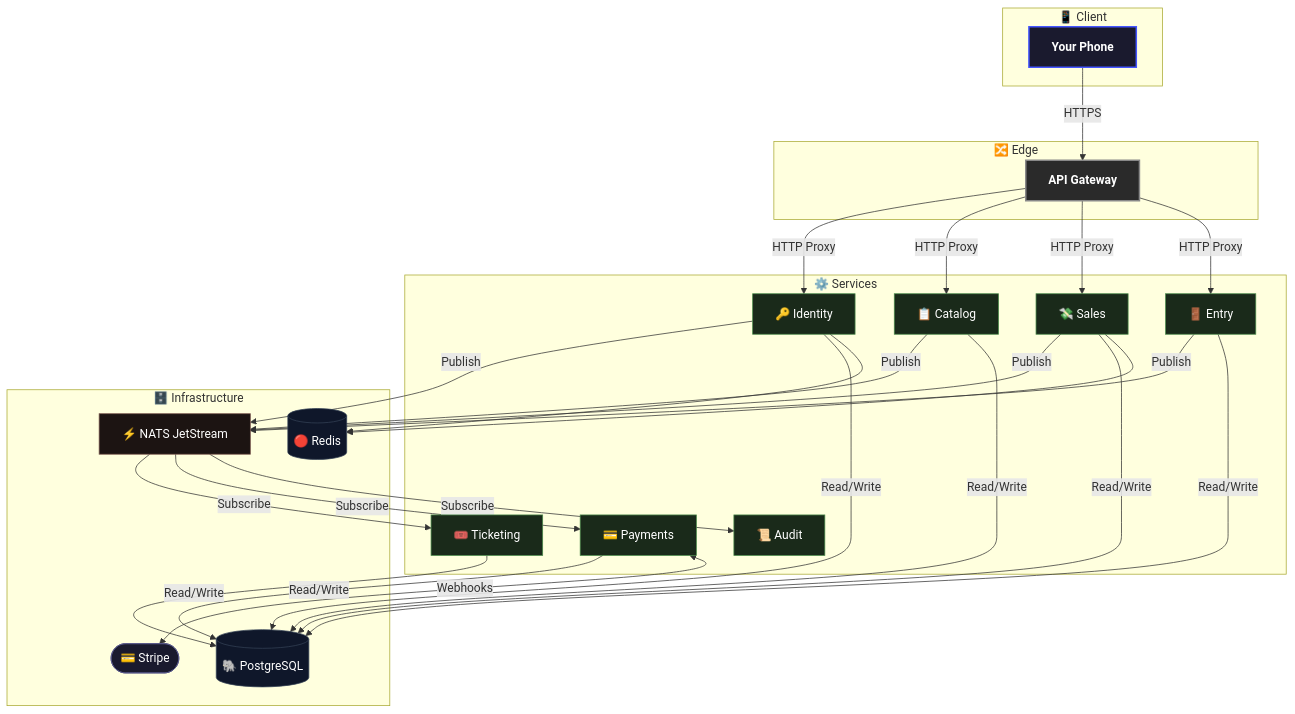
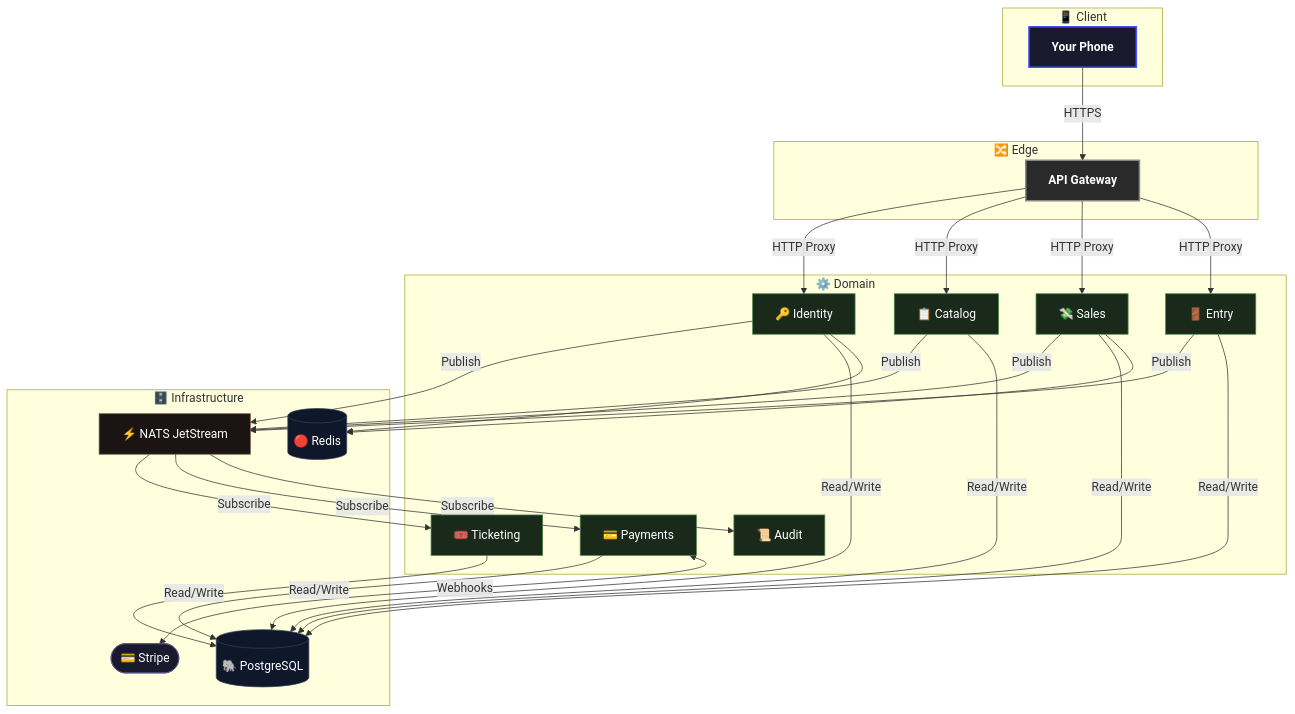
One commit to cristiangilsanz/qrew changed the diagram in README.md. Above: the diagram before and after it, drawn with Mermaid.

Commit message:
docs: rename Services subgraph to Domain in README diagram

````diff
--- a/README.md
+++ b/README.md
@@ -29,44 +29,44 @@
 ```mermaid
 flowchart TB
     subgraph "📱 Client"
         phone["Your Phone"]:::app
     end
 
     subgraph "🔀 Edge"
         gw["API Gateway"]:::edge
     end
 
-    subgraph "⚙️ Services"
+    subgraph "⚙️ Domain"
         identity["🔑 Identity"]:::svc
         catalog["📋 Catalog"]:::svc
         sales["💸 Sales"]:::svc
         ticketing["🎟️ Ticketing"]:::svc
         payments["💳 Payments"]:::svc
         entry["🚪 Entry"]:::svc
         audit["📜 Audit"]:::svc
     end
 
     subgraph "🗄️ Infrastructure"
         pg[("🐘 PostgreSQL")]:::db
         redis[("🔴 Redis")]:::db
         nats["⚡ NATS JetStream"]:::bus
         stripe(["💳 Stripe"]):::ext
     end
 
     phone -->|"HTTPS"| gw
     gw    -->|"HTTP Proxy"| identity & catalog & sales & entry
 
     identity & catalog & sales & entry -->|"Publish"| nats
     nats -->|"Subscribe"| ticketing & payments & audit
 
     identity & catalog & sales & ticketing & payments & entry -->|"Read/Write"| pg
     identity & sales --> redis
     payments <-->|"Webhooks"| stripe
 
     classDef app  fill:#1a1a2e,color:#fff,stroke:#4455ff,stroke-width:2px,font-weight:bold
     classDef edge fill:#2a2a2a,color:#fff,stroke:#888,stroke-width:2px,font-weight:bold
     classDef svc  fill:#1a2a1a,color:#fff,stroke:#4a8a4a,stroke-width:1px
     classDef db   fill:#0f172a,color:#fff,stroke:#334155,stroke-width:1px
     classDef bus  fill:#1c1412,color:#fff,stroke:#78564e,stroke-width:1px
     classDef ext  fill:#1a1a2e,color:#fff,stroke:#555588,stroke-width:1px
 ```
````
